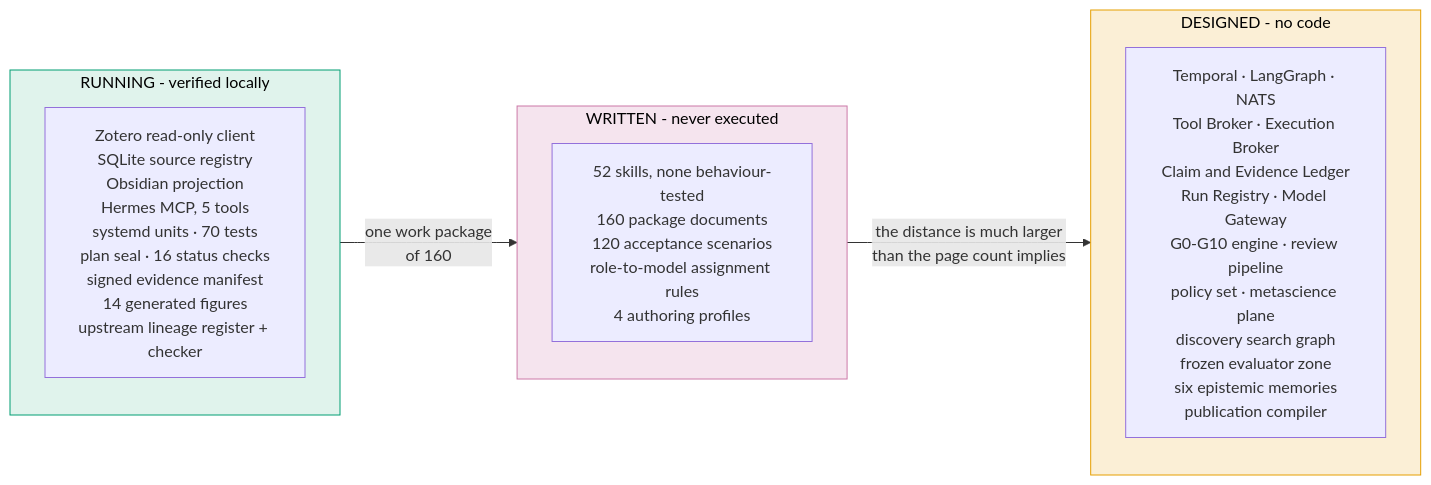
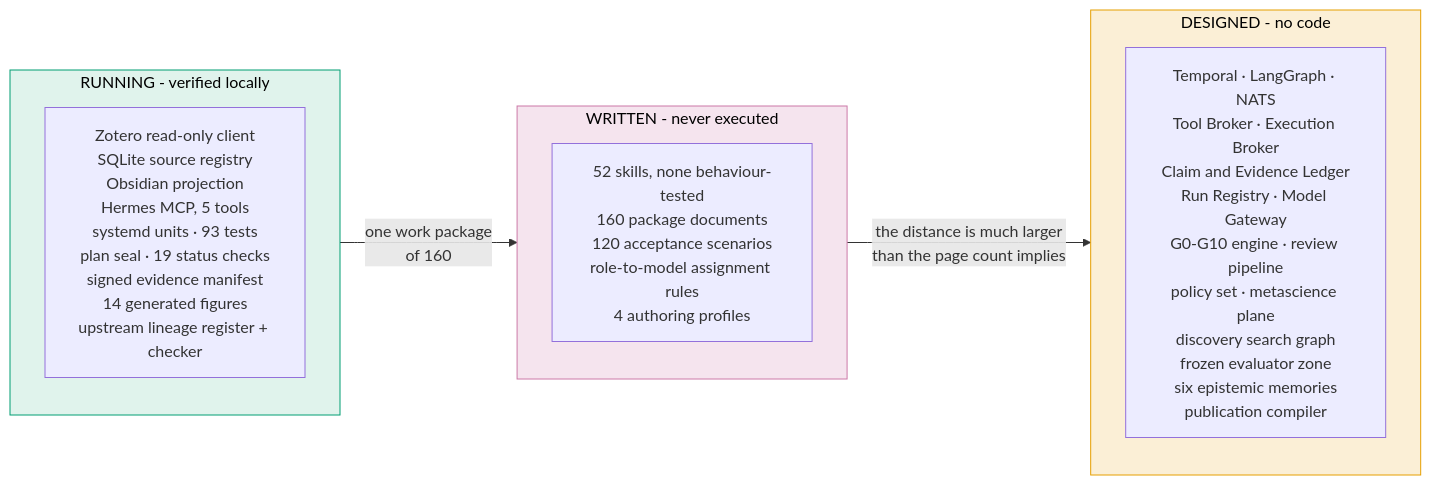
One commit to furkanhanilci/AETHRION changed diagram 14 of 16 in README.md. Above: the diagram before and after it, drawn with Mermaid. The commit also changed other lines of this file and 619 other files, not shown here.

````diff
--- a/README.md
+++ b/README.md
@@ -894,17 +894,17 @@
 ```mermaid
 flowchart LR
     subgraph WORKING["RUNNING - verified locally"]
-        W["Zotero read-only client<br/>SQLite source registry<br/>Obsidian projection<br/>Hermes MCP, 5 tools<br/>systemd units · 70 tests<br/>plan seal · 16 status checks<br/>signed evidence manifest<br/>14 generated figures<br/>upstream lineage register + checker"]
+        W["Zotero read-only client<br/>SQLite source registry<br/>Obsidian projection<br/>Hermes MCP, 5 tools<br/>systemd units · 93 tests<br/>plan seal · 19 status checks<br/>signed evidence manifest<br/>14 generated figures<br/>upstream lineage register + checker"]
     end
     subgraph WRITTEN["WRITTEN - never executed"]
         S["52 skills, none behaviour-tested<br/>160 package documents<br/>120 acceptance scenarios<br/>role-to-model assignment rules<br/>4 authoring profiles"]
     end
     subgraph DESIGNED["DESIGNED - no code"]
         D["Temporal · LangGraph · NATS<br/>Tool Broker · Execution Broker<br/>Claim and Evidence Ledger<br/>Run Registry · Model Gateway<br/>G0-G10 engine · review pipeline<br/>policy set · metascience plane<br/>discovery search graph<br/>frozen evaluator zone<br/>six epistemic memories<br/>publication compiler"]
     end
     WORKING -->|"one work package<br/>of 160"| WRITTEN
     WRITTEN -->|"the distance is much larger<br/>than the page count implies"| DESIGNED
     style WORKING fill:#E0F3EC,stroke:#009E73,color:#000
     style WRITTEN fill:#F5E4EE,stroke:#CC79A7,color:#000
     style DESIGNED fill:#FBEFD6,stroke:#E69F00,color:#000
 ```
````
